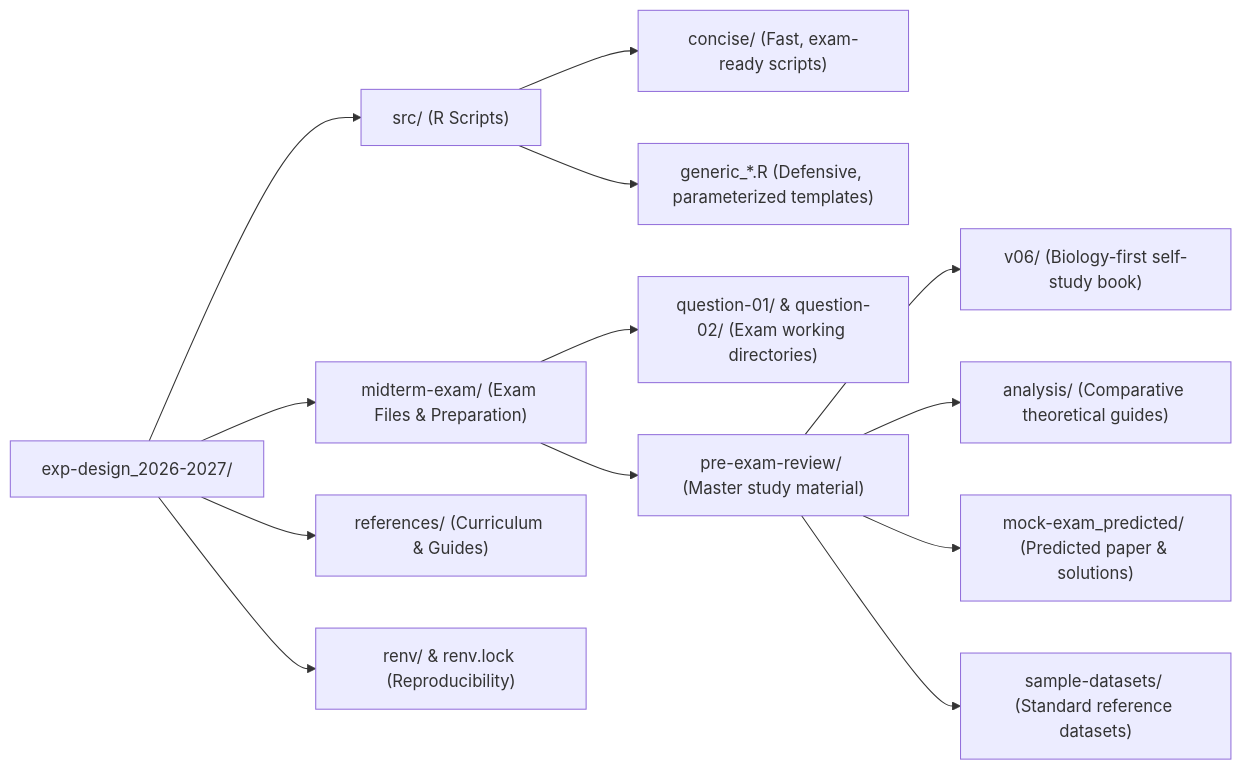
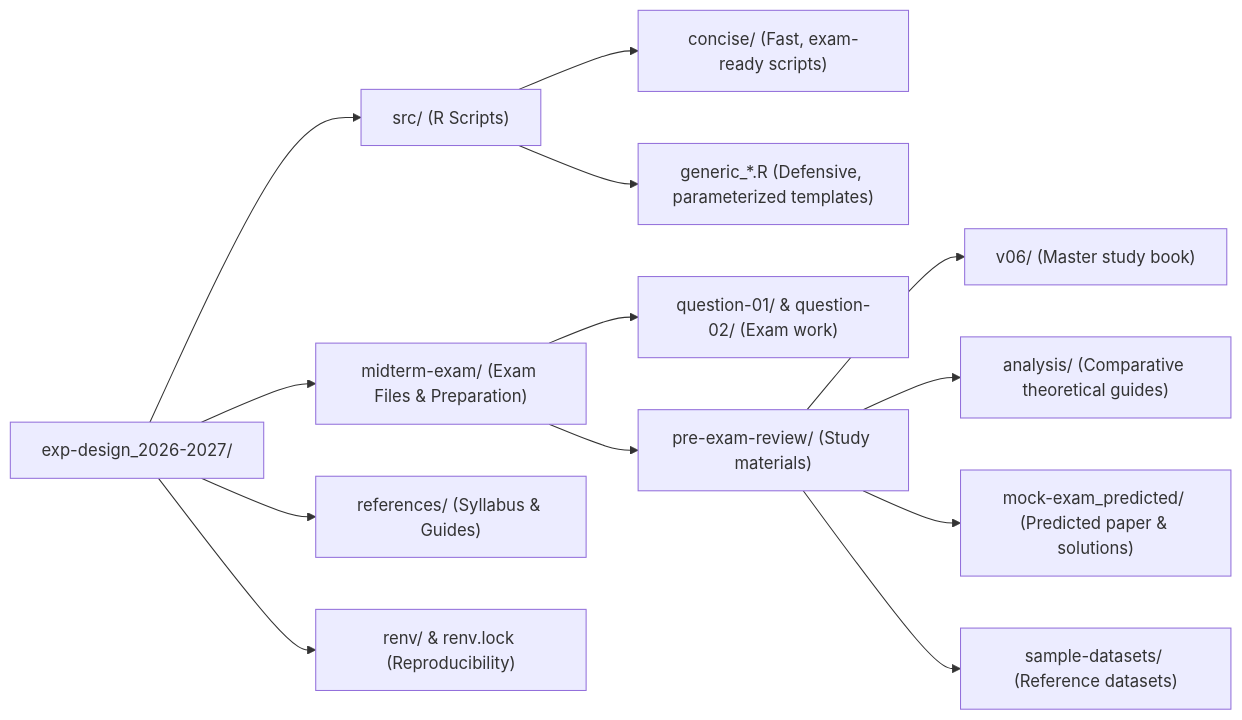
The second of 2 diagrams in README.md (ht2905/exp-design-2026), drawn with Mermaid before and after one commit. The commit also changed other lines of this file, not shown here.

````diff
--- a/README.md
+++ b/README.md
@@ -31,17 +33,17 @@
 ```mermaid
 flowchart LR
     Root["exp-design_2026-2027/"] --> SRC["src/ (R Scripts)"]
     Root --> MTE["midterm-exam/ (Exam Files & Preparation)"]
-    Root --> REF["references/ (Curriculum & Guides)"]
+    Root --> REF["references/ (Syllabus & Guides)"]
     Root --> ENV["renv/ & renv.lock (Reproducibility)"]
 
     SRC --> SRC_C["concise/ (Fast, exam-ready scripts)"]
     SRC --> SRC_G["generic_*.R (Defensive, parameterized templates)"]
 
-    MTE --> MTE_Q["question-01/ & question-02/ (Exam working directories)"]
-    MTE --> MTE_R["pre-exam-review/ (Master study material)"]
-    MTE_R --> MTE_V6["v06/ (Biology-first self-study book)"]
+    MTE --> MTE_Q["question-01/ & question-02/ (Exam work)"]
+    MTE --> MTE_R["pre-exam-review/ (Study materials)"]
+    MTE_R --> MTE_V6["v06/ (Master study book)"]
     MTE_R --> MTE_A["analysis/ (Comparative theoretical guides)"]
     MTE_R --> MTE_M["mock-exam_predicted/ (Predicted paper & solutions)"]
-    MTE_R --> MTE_S["sample-datasets/ (Standard reference datasets)"]
+    MTE_R --> MTE_S["sample-datasets/ (Reference datasets)"]
 ```
````
